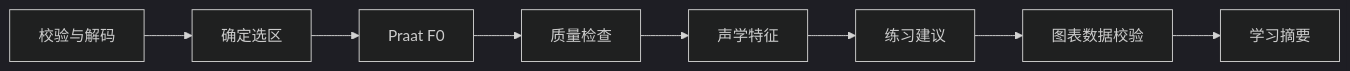
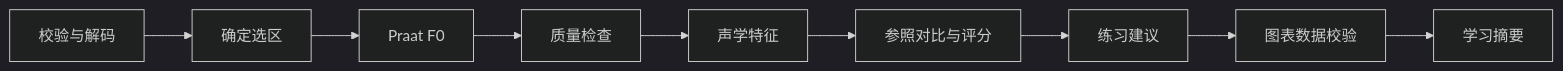
One commit to 666loyazzy/tone-correction-project changed the diagram in README.md. Above: the diagram before and after it, drawn with Mermaid (dark theme). The commit also changed other lines of this file and 25 other files, not shown here.

````diff
--- a/README.md
+++ b/README.md
@@ -106,6 +110,6 @@
 ```mermaid
 flowchart LR
   A[校验与解码] --> B[确定选区] --> C[Praat F0]
-  C --> D[质量检查] --> E[声学特征] --> F[练习建议]
+  C --> D[质量检查] --> E[声学特征] --> S[参照对比与评分] --> F[练习建议]
   F --> G[图表数据校验] --> H[学习摘要]
 ```
````
